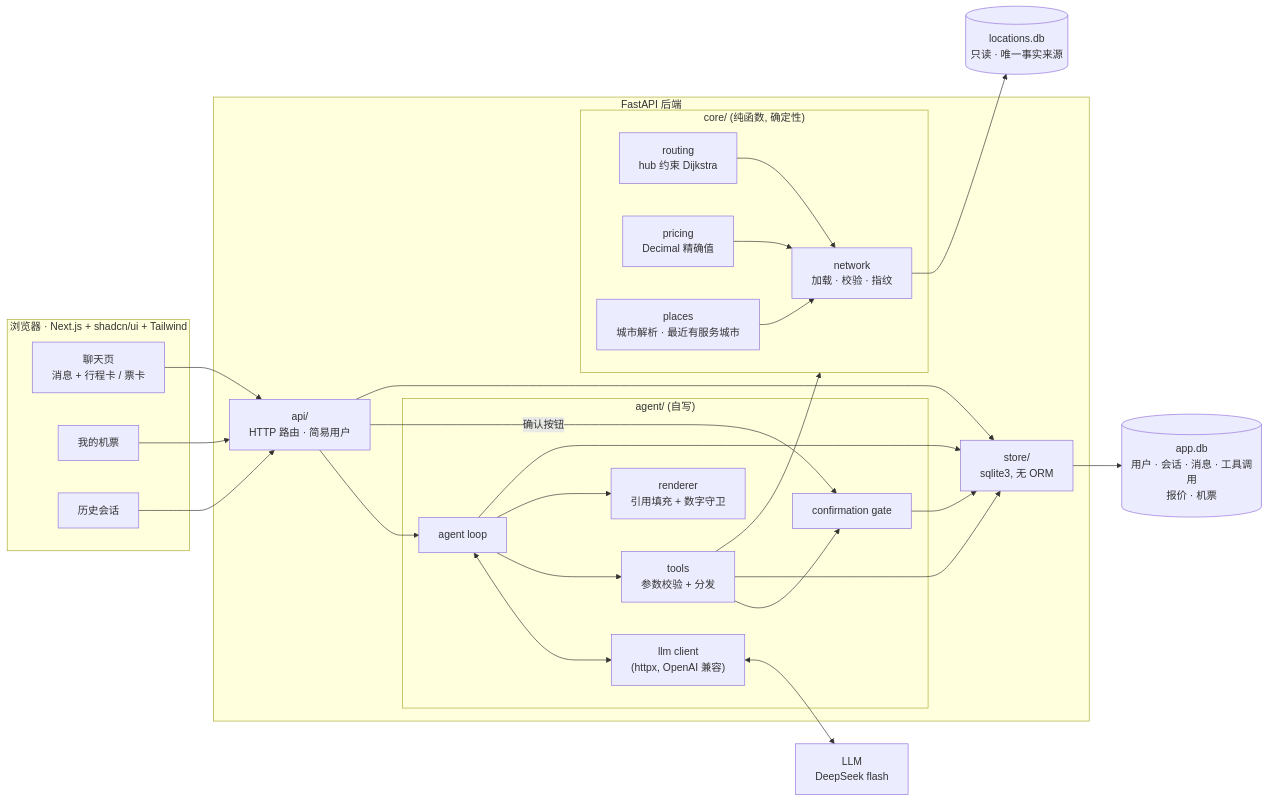
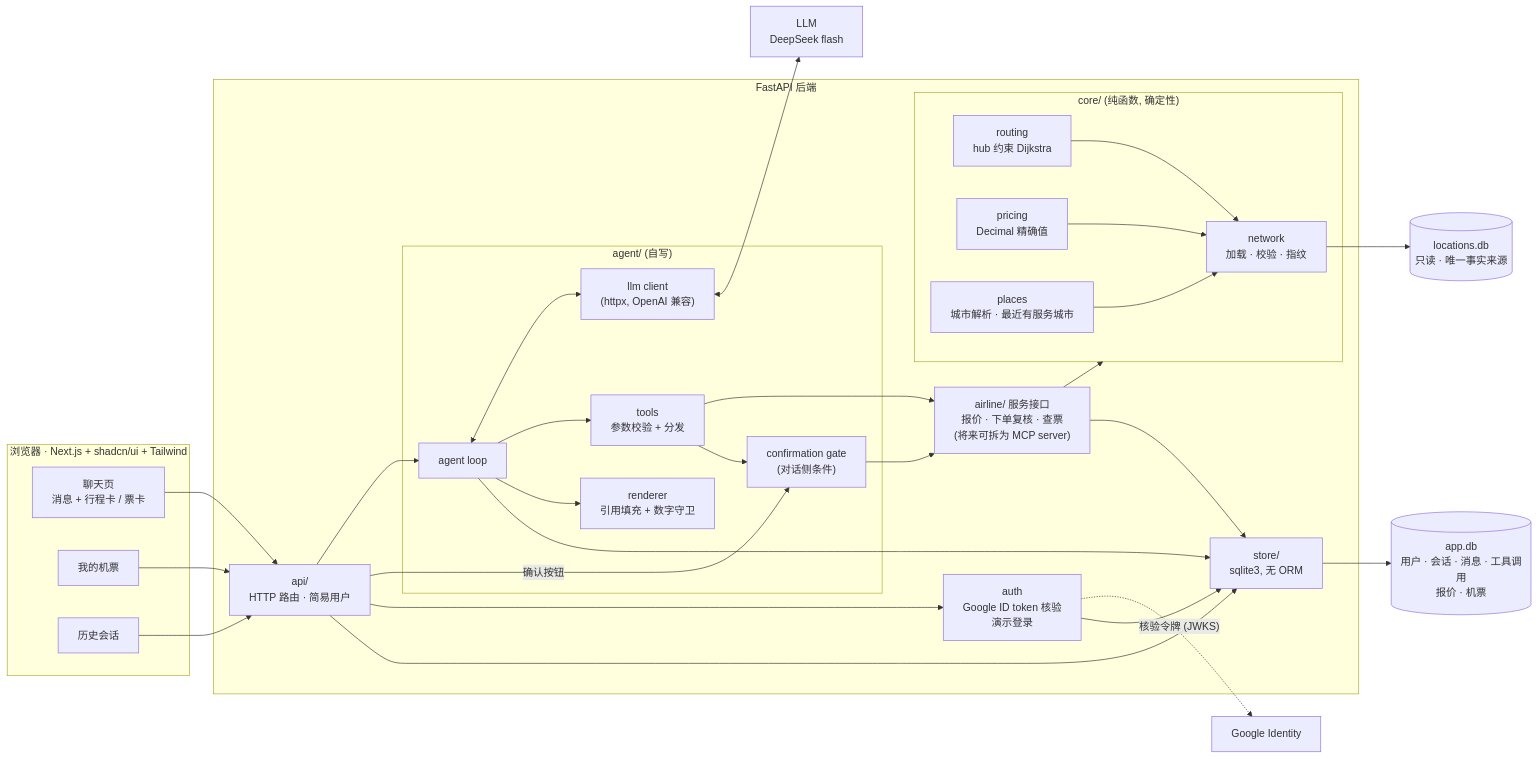
One commit to chux0519/ocean-above changed the first of 6 diagrams in docs/design/design.md. Above: the diagram before and after it, drawn with Mermaid. The commit also changed other lines of this file and 1 other file, not shown here.

Commit message:
Design doc v1: streaming, Google login, airline boundary

````diff
--- a/docs/design/design.md
+++ b/docs/design/design.md
@@ -45,43 +49,47 @@
 ```mermaid
 flowchart LR
   subgraph Browser["浏览器 · Next.js + shadcn/ui + Tailwind"]
     UI_Chat["聊天页<br/>消息 + 行程卡 / 票卡"]
     UI_Tickets["我的机票"]
     UI_History["历史会话"]
   end
 
   subgraph Backend["FastAPI 后端"]
     API["api/<br/>HTTP 路由 · 简易用户"]
     subgraph Agent["agent/ (自写)"]
       Loop["agent loop"]
       LLMC["llm client<br/>(httpx, OpenAI 兼容)"]
       Tools["tools<br/>参数校验 + 分发"]
       Render["renderer<br/>引用填充 + 数字守卫"]
-      Gate["confirmation gate"]
+      Gate["confirmation gate<br/>(对话侧条件)"]
     end
+    Airline["airline/ 服务接口<br/>报价 · 下单复核 · 查票<br/>(将来可拆为 MCP server)"]
+    Auth["auth<br/>Google ID token 核验<br/>演示登录"]
     subgraph Core["core/ (纯函数, 确定性)"]
       Net["network<br/>加载 · 校验 · 指纹"]
       Route["routing<br/>hub 约束 Dijkstra"]
       Price["pricing<br/>Decimal 精确值"]
       Places["places<br/>城市解析 · 最近有服务城市"]
     end
     Store["store/<br/>sqlite3, 无 ORM"]
   end
 
   LDB[("locations.db<br/>只读 · 唯一事实来源")]
   ADB[("app.db<br/>用户 · 会话 · 消息 · 工具调用<br/>报价 · 机票")]
   LLM["LLM<br/>DeepSeek flash"]
 
   UI_Chat & UI_Tickets & UI_History --> API
   API --> Loop
   API -->|"确认按钮"| Gate
   Loop <--> LLMC <--> LLM
-  Loop --> Tools --> Core
-  Tools --> Gate
+  Loop --> Tools --> Airline --> Core
+  Tools --> Gate --> Airline
+  API --> Auth
+  Auth -.->|"核验令牌 (JWKS)"| Google["Google Identity"]
   Loop --> Render
   Net --> LDB
   Route --> Net
   Price --> Net
   Places --> Net
-  Tools & Gate & Loop & API --> Store --> ADB
+  Airline & Loop & API & Auth --> Store --> ADB
 ```
````
